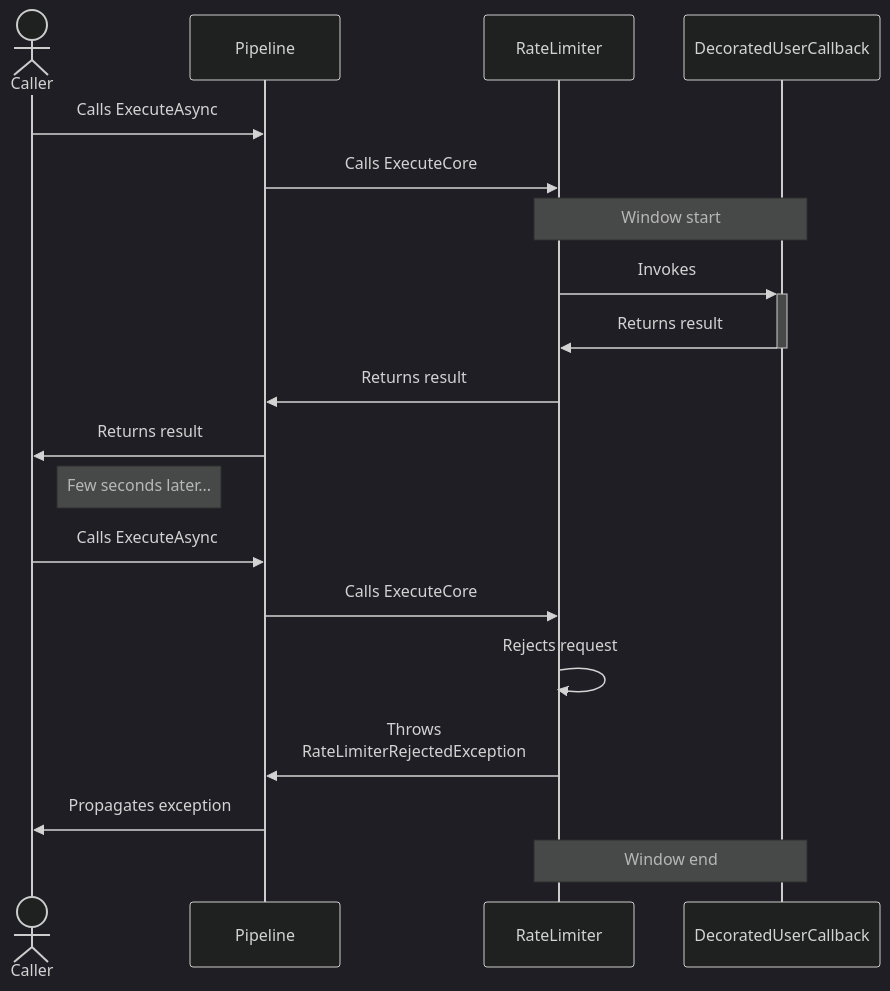
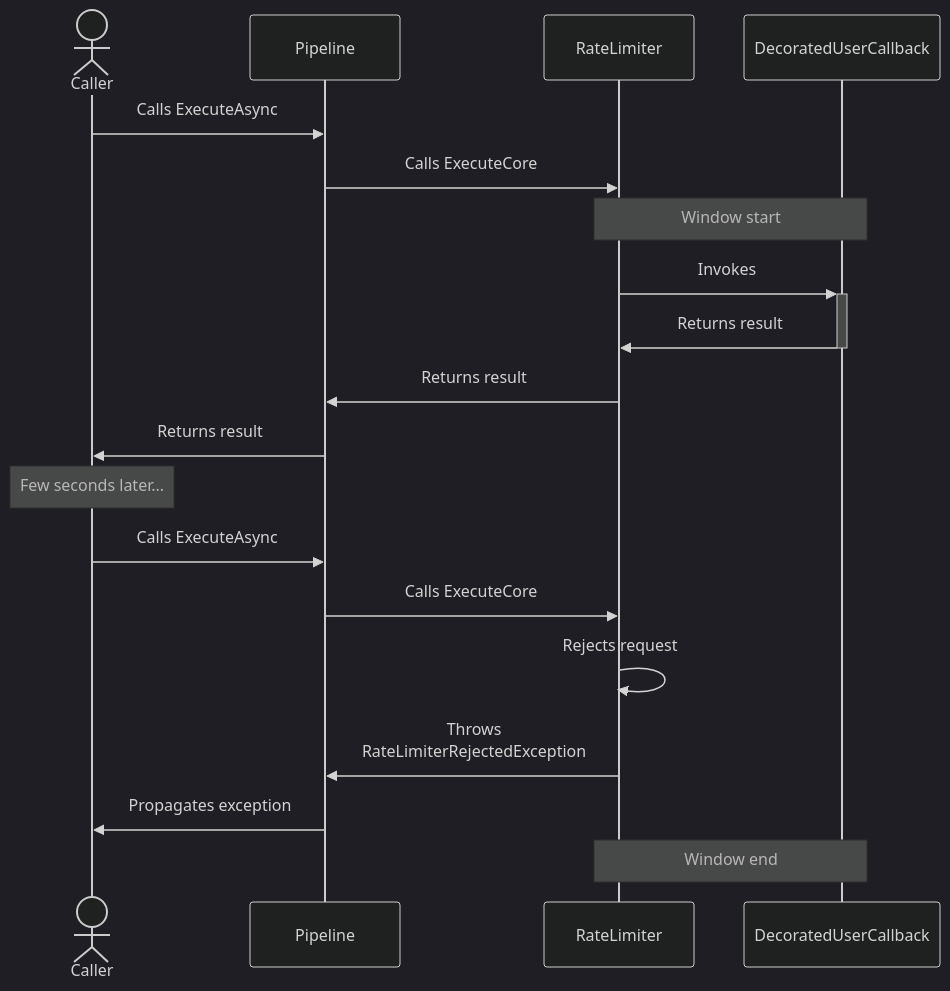
One commit to App-vNext/Polly changed the second of 4 diagrams in docs/strategies/rate-limiter.md. Above: the diagram before and after it, drawn with Mermaid. The commit also changed other lines of this file and 2 other files, not shown here.

Commit message:
Adjust mermaid diagrams based on feedbacks

````diff
--- a/docs/strategies/rate-limiter.md
+++ b/docs/strategies/rate-limiter.md
@@ -114,23 +114,23 @@
 ```mermaid
 %%{init: {'theme':'dark'}}%%
 sequenceDiagram
     actor C as Caller
     participant P as Pipeline
     participant RL as RateLimiter
     participant D as DecoratedUserCallback
 
     C->>P: Calls ExecuteAsync
     P->>RL: Calls ExecuteCore
     Note over RL,D: Window start
     RL->>+D: Invokes
     D->>-RL: Returns result
     RL->>P: Returns result
     P->>C: Returns result
-    Note right of C: Few seconds later...
+    Note over C: Few seconds later...
     C->>P: Calls ExecuteAsync
     P->>RL: Calls ExecuteCore
     RL->>RL: Rejects request
     RL->>P: Throws <br/>RateLimiterRejectedException
     P->>C: Propagates exception
     Note over RL,D: Window end
 ```
````
